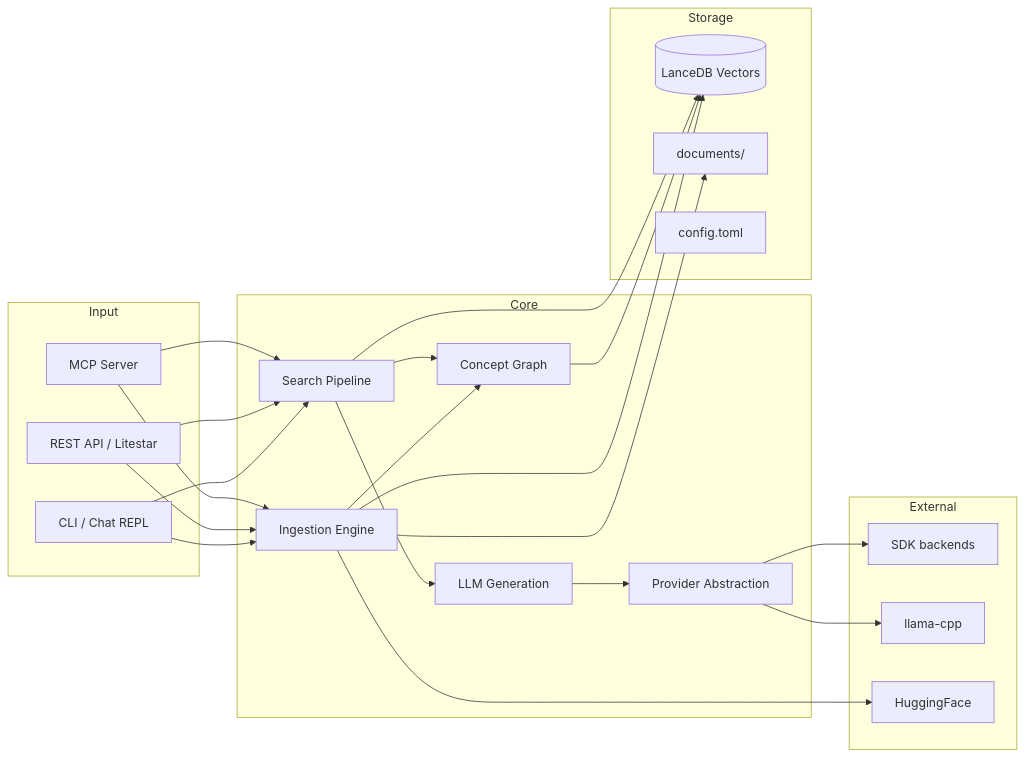
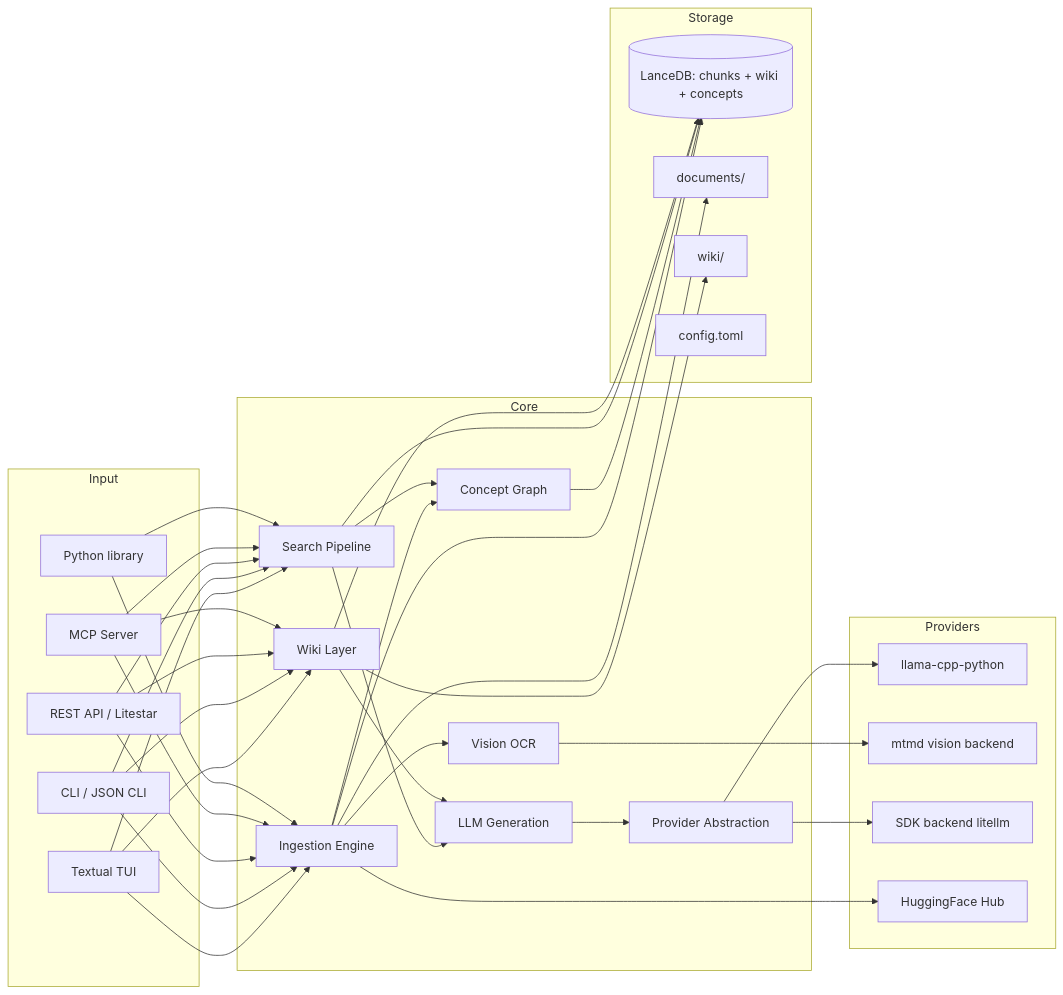
The first of 3 diagrams in docs/architecture.md (tobocop2/lilbee), drawn with Mermaid before and after one commit. The commit also changed other lines of this file and 27 other files, not shown here.

````diff
--- a/docs/architecture.md
+++ b/docs/architecture.md
@@ -15,42 +15,54 @@
 ```mermaid
 flowchart LR
     subgraph Input
-        CLI[CLI / Chat REPL]
+        TUI[Textual TUI]
+        CLI[CLI / JSON CLI]
         API[REST API / Litestar]
         MCP[MCP Server]
+        LIB[Python library]
     end
 
     subgraph Core
         INGEST[Ingestion Engine]
+        VISION[Vision OCR]
         CONCEPT[Concept Graph]
         SEARCH[Search Pipeline]
+        WIKI[Wiki Layer]
         GEN[LLM Generation]
         PROV[Provider Abstraction]
     end
 
     subgraph Storage
-        LANCE[(LanceDB Vectors)]
+        LANCE[(LanceDB: chunks + wiki + concepts)]
         DOCS[documents/]
+        WIKIDIR[wiki/]
         CONF[config.toml]
     end
 
-    subgraph External
-        SDK[SDK backends]
-        LLAMA[llama-cpp]
-        HF[HuggingFace]
+    subgraph Providers
+        LLAMA[llama-cpp-python]
+        MTMD[mtmd vision backend]
+        SDK[SDK backend litellm]
+        HF[HuggingFace Hub]
     end
 
-    CLI --> SEARCH & INGEST
-    API --> SEARCH & INGEST
-    MCP --> SEARCH & INGEST
+    TUI --> SEARCH & INGEST & WIKI
+    CLI --> SEARCH & INGEST & WIKI
+    API --> SEARCH & INGEST & WIKI
+    MCP --> SEARCH & INGEST & WIKI
+    LIB --> SEARCH & INGEST
 
     INGEST --> LANCE & DOCS
+    INGEST --> VISION
     INGEST --> CONCEPT
     CONCEPT --> LANCE
+    VISION --> MTMD
     SEARCH --> LANCE
     SEARCH --> CONCEPT
     SEARCH --> GEN
+    WIKI --> LANCE & WIKIDIR
+    WIKI --> GEN
     GEN --> PROV
-    PROV --> SDK & LLAMA
+    PROV --> LLAMA & SDK
     INGEST --> HF
 ```
````
